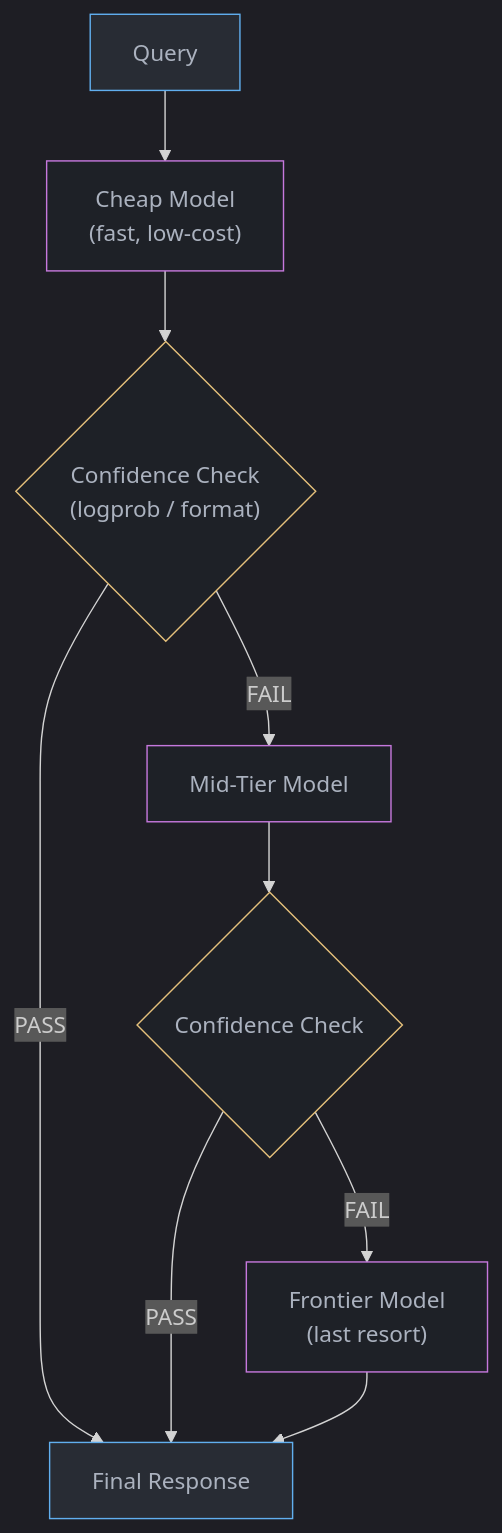
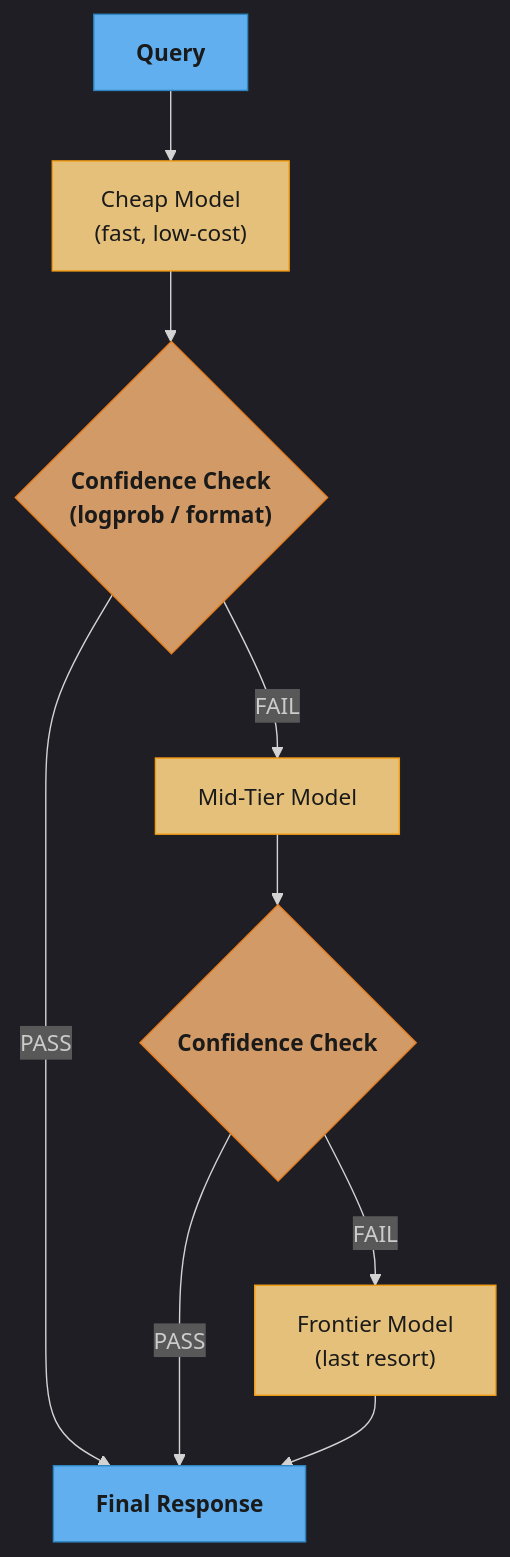
The second of 5 diagrams in src/main/java/com/rutik/systemdesign/llm/llm_routing_and_model_selection/README.md (rppol/system-design), drawn with Mermaid before and after one commit. The commit also changed other lines of this file and 88 other files, not shown here.

````diff
--- a/src/main/java/com/rutik/systemdesign/llm/llm_routing_and_model_selection/README.md
+++ b/src/main/java/com/rutik/systemdesign/llm/llm_routing_and_model_selection/README.md
@@ -138,25 +142,29 @@
 ```mermaid
 %%{init: {'flowchart': {'curve': 'basis'}, 'theme': 'dark'}}%%
 flowchart TD
-    classDef io     fill:#282c34,stroke:#61afef,color:#abb2bf
-    classDef llm    fill:#1e2127,stroke:#c678dd,color:#abb2bf
-    classDef decide fill:#1e2127,stroke:#e5c07b,color:#abb2bf
+    classDef io      fill:#61afef,stroke:#2e86c1,color:#1a1a1a,font-weight:bold
+    classDef frozen  fill:#c678dd,stroke:#9b59b6,color:#fff
+    classDef train   fill:#98c379,stroke:#27ae60,color:#1a1a1a
+    classDef mathOp  fill:#d19a66,stroke:#e67e22,color:#1a1a1a,font-weight:bold
+    classDef lossN   fill:#e06c75,stroke:#c0392b,color:#fff,font-weight:bold
+    classDef req     fill:#56b6c2,stroke:#0097a7,color:#1a1a1a
+    classDef base    fill:#e5c07b,stroke:#f39c12,color:#1a1a1a
 
     Q["Query"]
     CHEAP["Cheap Model\n(fast, low-cost)"]
     C1{"Confidence Check\n(logprob / format)"}
     MID["Mid-Tier Model"]
     C2{"Confidence Check"}
     FRONT["Frontier Model\n(last resort)"]
     OUT["Final Response"]
 
     Q --> CHEAP --> C1
     C1 -->|"PASS"| OUT
     C1 -->|"FAIL"| MID --> C2
     C2 -->|"PASS"| OUT
     C2 -->|"FAIL"| FRONT --> OUT
 
     class Q,OUT io
-    class CHEAP,MID,FRONT llm
-    class C1,C2 decide
+    class CHEAP,MID,FRONT base
+    class C1,C2 mathOp
 ```
````
